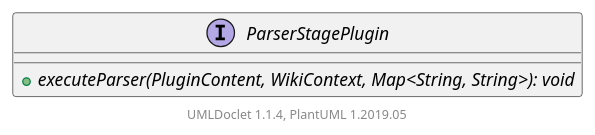
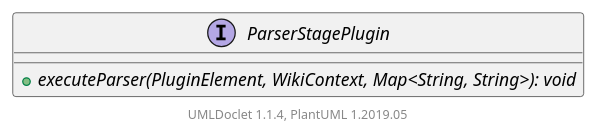
The diagram in apidocs/2.11.0.M7-SNAPSHOT/org/apache/wiki/api/plugin/ParserStagePlugin.puml (apache/jspwiki-site), drawn with PlantUML before and after one commit. The commit also changed 1140 other files, not shown here.

```diff
--- a/apidocs/2.11.0.M7-SNAPSHOT/org/apache/wiki/api/plugin/ParserStagePlugin.puml
+++ b/apidocs/2.11.0.M7-SNAPSHOT/org/apache/wiki/api/plugin/ParserStagePlugin.puml
@@ -1,9 +1,9 @@
 @startuml
 
     interface ParserStagePlugin [[ParserStagePlugin.html]] {
-        {abstract} +executeParser(PluginContent, WikiContext, Map<String, String>): void
+        {abstract} +executeParser(PluginElement, WikiContext, Map<String, String>): void
     }
 
 
     center footer UMLDoclet 1.1.4, PlantUML 1.2019.05
 @enduml
```
